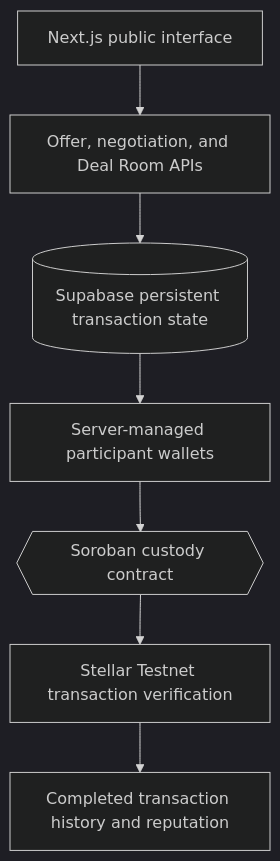
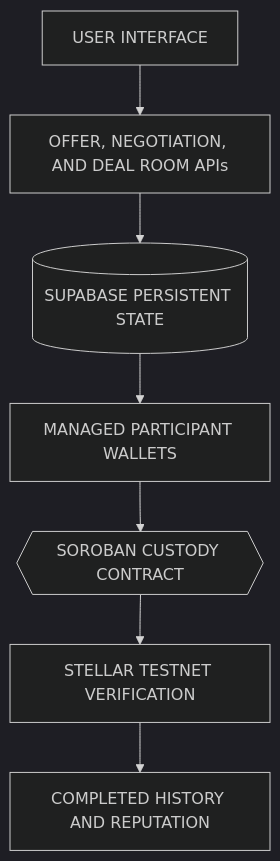
Before and after one commit to dwikabimantara99/settleway: the second of 2 diagrams in README.md, drawn with Mermaid (dark theme). The commit also changed other lines of this file, not shown here.

````diff
--- a/README.md
+++ b/README.md
@@ -254,9 +109,9 @@
 ```mermaid
 flowchart TD
-    UI[Next.js public interface] --> API[Offer, negotiation, and Deal Room APIs]
-    API --> DB[(Supabase persistent transaction state)]
-    DB --> MW[Server-managed participant wallets]
-    MW --> SC{{Soroban custody contract}}
-    SC --> ST[Stellar Testnet transaction verification]
-    ST --> REP[Completed transaction history and reputation]
+    UI[USER INTERFACE] --> API[OFFER, NEGOTIATION, AND DEAL ROOM APIs]
+    API --> DB[(SUPABASE PERSISTENT STATE)]
+    DB --> MW[MANAGED PARTICIPANT WALLETS]
+    MW --> SC{{SOROBAN CUSTODY CONTRACT}}
+    SC --> ST[STELLAR TESTNET VERIFICATION]
+    ST --> REP[COMPLETED HISTORY AND REPUTATION]
 ```
````
